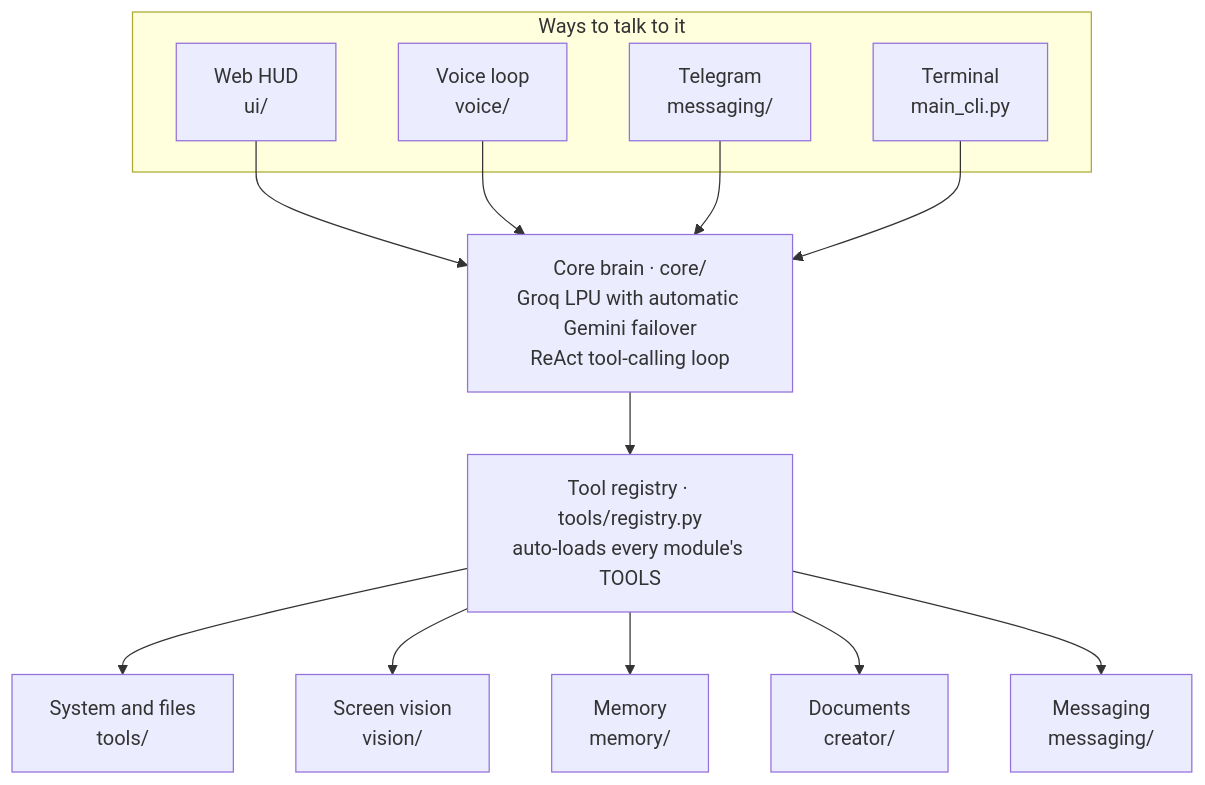
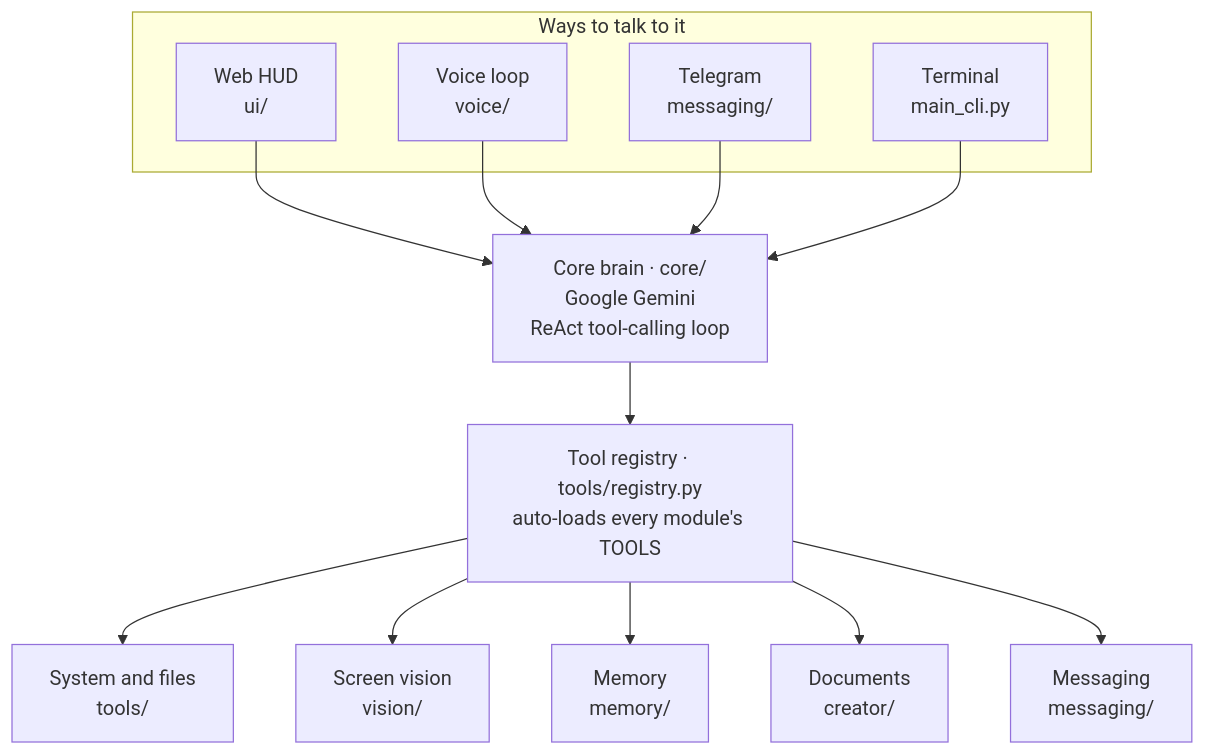
One commit to Mercyy00/Project-A changed the diagram in README.md. Above: the diagram before and after it, drawn with Mermaid. The commit also changed other lines of this file and 51 other files, not shown here.

````diff
--- a/README.md
+++ b/README.md
@@ -76,24 +75,24 @@
 ```mermaid
 flowchart TD
     subgraph IN["Ways to talk to it"]
         HUD["Web HUD<br/>ui/"]
         VOICE["Voice loop<br/>voice/"]
         TG["Telegram<br/>messaging/"]
         CLI["Terminal<br/>main_cli.py"]
     end
 
-    BRAIN["Core brain · core/<br/>Groq LPU with automatic Gemini failover<br/>ReAct tool-calling loop"]
+    BRAIN["Core brain · core/<br/>Google Gemini<br/>ReAct tool-calling loop"]
     REG["Tool registry · tools/registry.py<br/>auto-loads every module's TOOLS"]
 
     HUD --> BRAIN
     VOICE --> BRAIN
     TG --> BRAIN
     CLI --> BRAIN
     BRAIN --> REG
 
     REG --> SYS["System and files<br/>tools/"]
     REG --> VIS["Screen vision<br/>vision/"]
     REG --> MEM["Memory<br/>memory/"]
     REG --> DOC["Documents<br/>creator/"]
     REG --> MSG["Messaging<br/>messaging/"]
 ```
````
